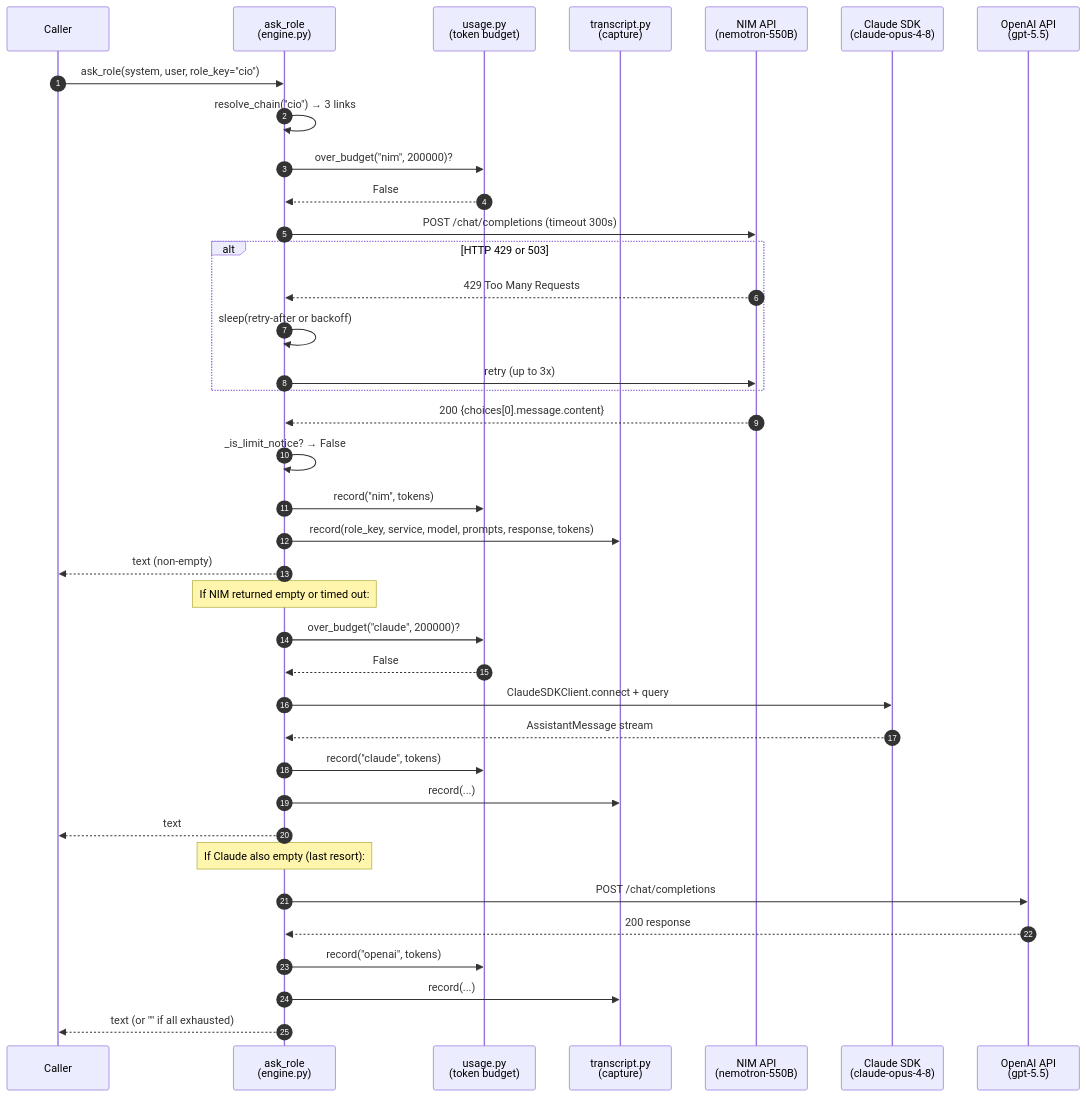
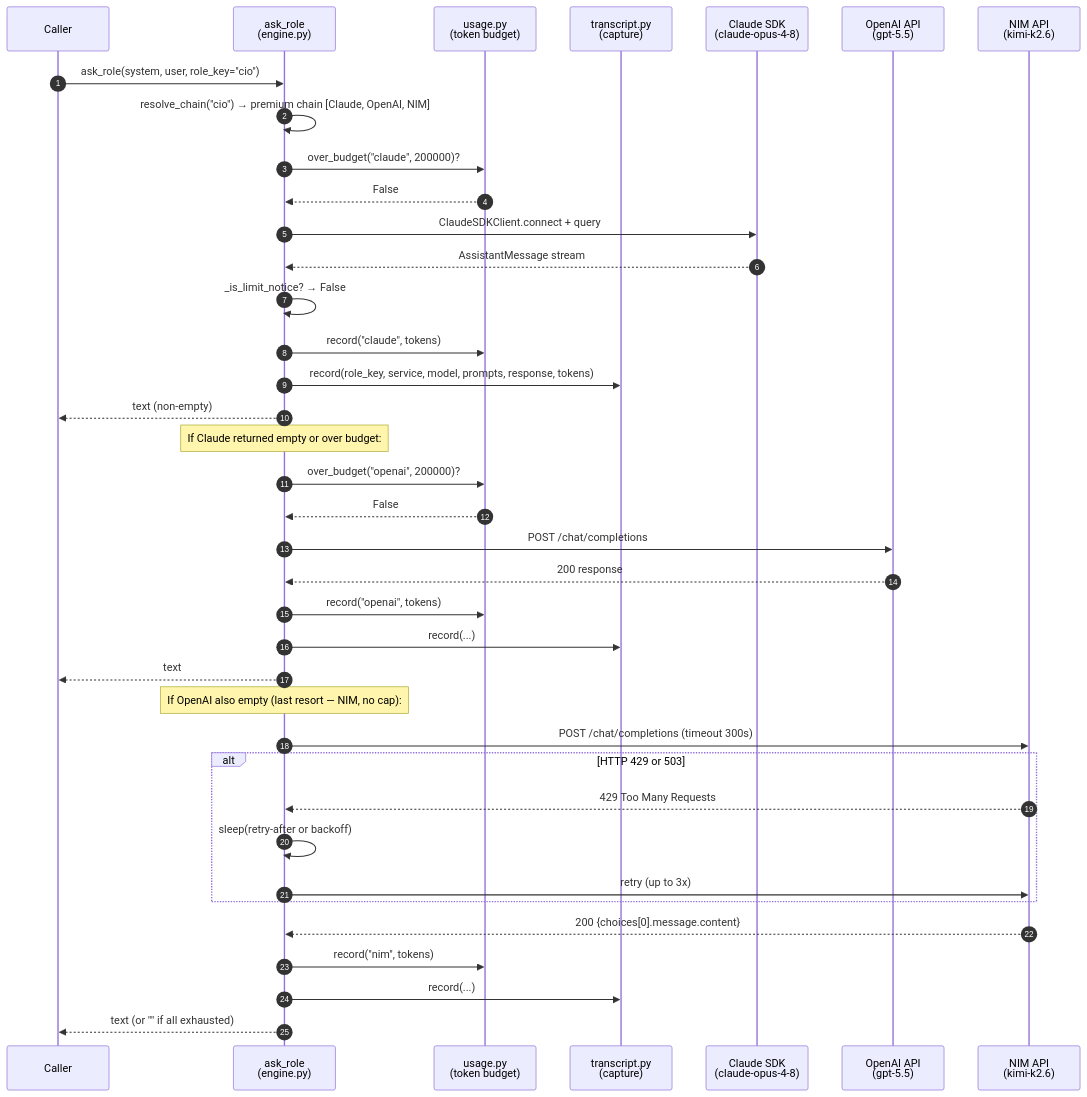
One commit to cloudaipro/CIOAgent changed the third of 3 diagrams in docs/committee-wma-sequence-diagram.md. Above: the diagram before and after it, drawn with Mermaid. The commit also changed other lines of this file and 3 other files, not shown here.

First line of the commit message:
docs(committee-wma): update all diagrams for named fallback-chain mechanism

````diff
--- a/docs/committee-wma-sequence-diagram.md
+++ b/docs/committee-wma-sequence-diagram.md
@@ -225,47 +229,47 @@
 ```mermaid
 sequenceDiagram
     autonumber
     participant CALLER as Caller
     participant AR as ask_role<br/>(engine.py)
     participant USAGE as usage.py<br/>(token budget)
     participant TRANS as transcript.py<br/>(capture)
-    participant NIM as NIM API<br/>(nemotron-550B)
     participant CLAUDE as Claude SDK<br/>(claude-opus-4-8)
     participant OPENAI as OpenAI API<br/>(gpt-5.5)
+    participant NIM as NIM API<br/>(kimi-k2.6)
 
     CALLER->>AR: ask_role(system, user, role_key="cio")
-    AR->>AR: resolve_chain("cio") → 3 links
-    AR->>USAGE: over_budget("nim", 200000)?
+    AR->>AR: resolve_chain("cio") → premium chain [Claude, OpenAI, NIM]
+    AR->>USAGE: over_budget("claude", 200000)?
     USAGE-->>AR: False
+
+    AR->>CLAUDE: ClaudeSDKClient.connect + query
+    CLAUDE-->>AR: AssistantMessage stream
+    AR->>AR: _is_limit_notice? → False
+
+    AR->>USAGE: record("claude", tokens)
+    AR->>TRANS: record(role_key, service, model, prompts, response, tokens)
+    AR-->>CALLER: text (non-empty)
+
+    note over AR: If Claude returned empty or over budget:
+
+    AR->>USAGE: over_budget("openai", 200000)?
+    USAGE-->>AR: False
+    AR->>OPENAI: POST /chat/completions
+    OPENAI-->>AR: 200 response
+    AR->>USAGE: record("openai", tokens)
+    AR->>TRANS: record(...)
+    AR-->>CALLER: text
+
+    note over AR: If OpenAI also empty (last resort — NIM, no cap):
 
     AR->>NIM: POST /chat/completions (timeout 300s)
     alt HTTP 429 or 503
         NIM-->>AR: 429 Too Many Requests
         AR->>AR: sleep(retry-after or backoff)
         AR->>NIM: retry (up to 3x)
     end
     NIM-->>AR: 200 {choices[0].message.content}
-    AR->>AR: _is_limit_notice? → False
-
     AR->>USAGE: record("nim", tokens)
-    AR->>TRANS: record(role_key, service, model, prompts, response, tokens)
-    AR-->>CALLER: text (non-empty)
-
-    note over AR: If NIM returned empty or timed out:
-
-    AR->>USAGE: over_budget("claude", 200000)?
-    USAGE-->>AR: False
-    AR->>CLAUDE: ClaudeSDKClient.connect + query
-    CLAUDE-->>AR: AssistantMessage stream
-    AR->>USAGE: record("claude", tokens)
-    AR->>TRANS: record(...)
-    AR-->>CALLER: text
-
-    note over AR: If Claude also empty (last resort):
-
-    AR->>OPENAI: POST /chat/completions
-    OPENAI-->>AR: 200 response
-    AR->>USAGE: record("openai", tokens)
     AR->>TRANS: record(...)
     AR-->>CALLER: text  (or "" if all exhausted)
 ```
````
